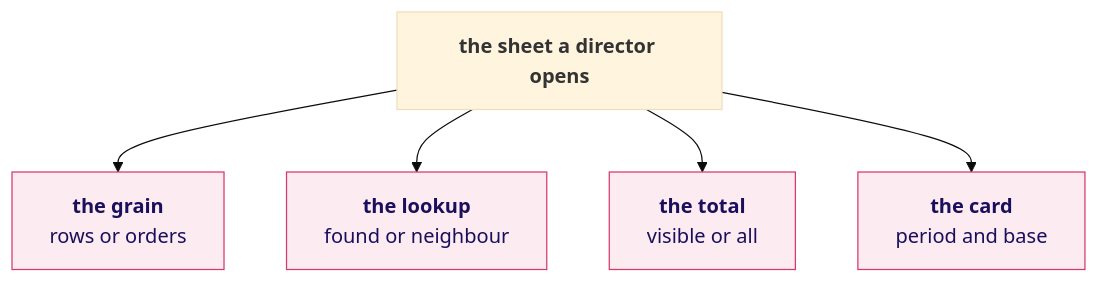
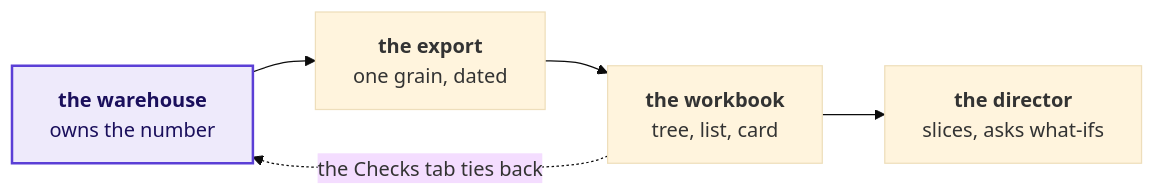
The second of 26 diagrams in content/W02/D5/slides/C2_W02_D05_half1_STUDENT.md (fde-academy-lab/c2-content-factory), drawn with Mermaid (base theme) before and after one commit. The commit also changed other lines of this file and 5 other files, not shown here.

````diff
--- a/content/W02/D5/slides/C2_W02_D05_half1_STUDENT.md
+++ b/content/W02/D5/slides/C2_W02_D05_half1_STUDENT.md
@@ -110,9 +91,9 @@
 ```mermaid
-flowchart TB
-    S["<b>the sheet a director opens</b>"] --> G["<b>the grain</b><br/>rows or orders"]
-    S --> L["<b>the lookup</b><br/>found or neighbour"]
-    S --> V["<b>the total</b><br/>visible or all"]
-    S --> C["<b>the card</b><br/>period and base"]
-    classDef bad fill:#FCEBF0,stroke:#D63A6A,color:#1A0F5C
-    class G,L,V,C bad
+flowchart LR
+    W["<b>the warehouse</b><br/>owns the number"] --> E["<b>the export</b><br/>one grain, dated"]
+    E --> X["<b>the workbook</b><br/>tree, list, card"]
+    X --> D["<b>the director</b><br/>slices, asks what-ifs"]
+    X -.->|"the Checks tab ties back"| W
+    classDef known fill:#EEEAFB,stroke:#5B3FD6,color:#1A0F5C,stroke-width:2px
+    class W known
 ```
````
